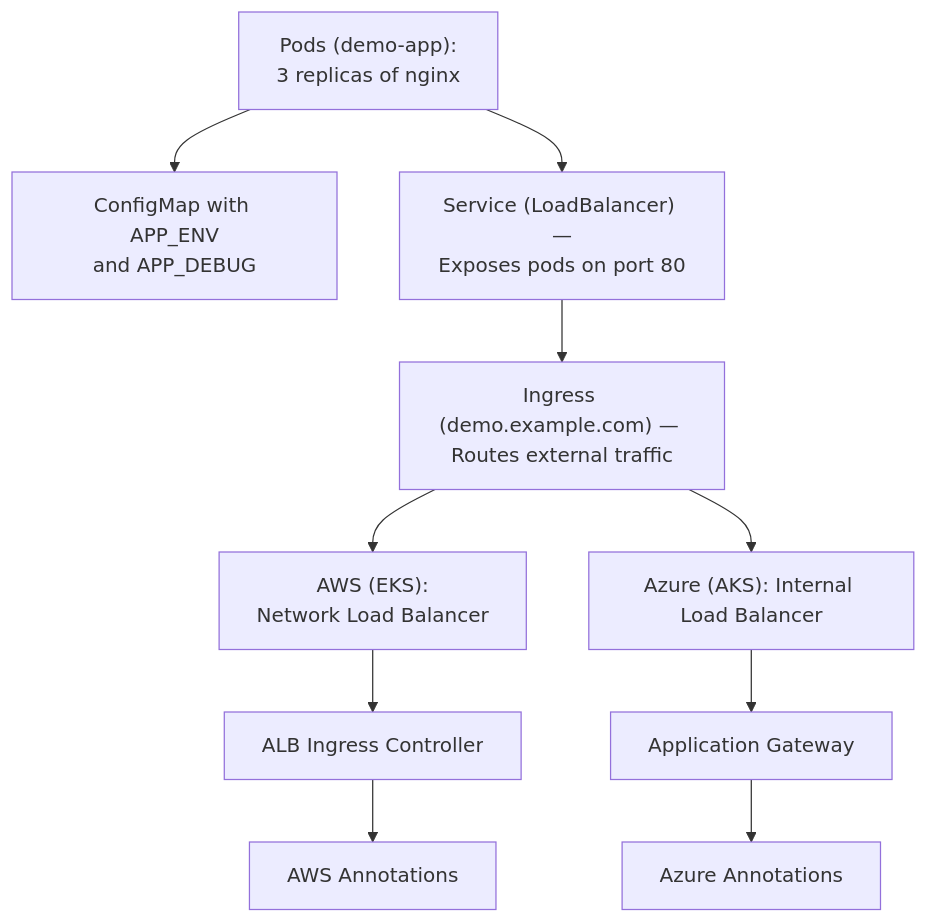
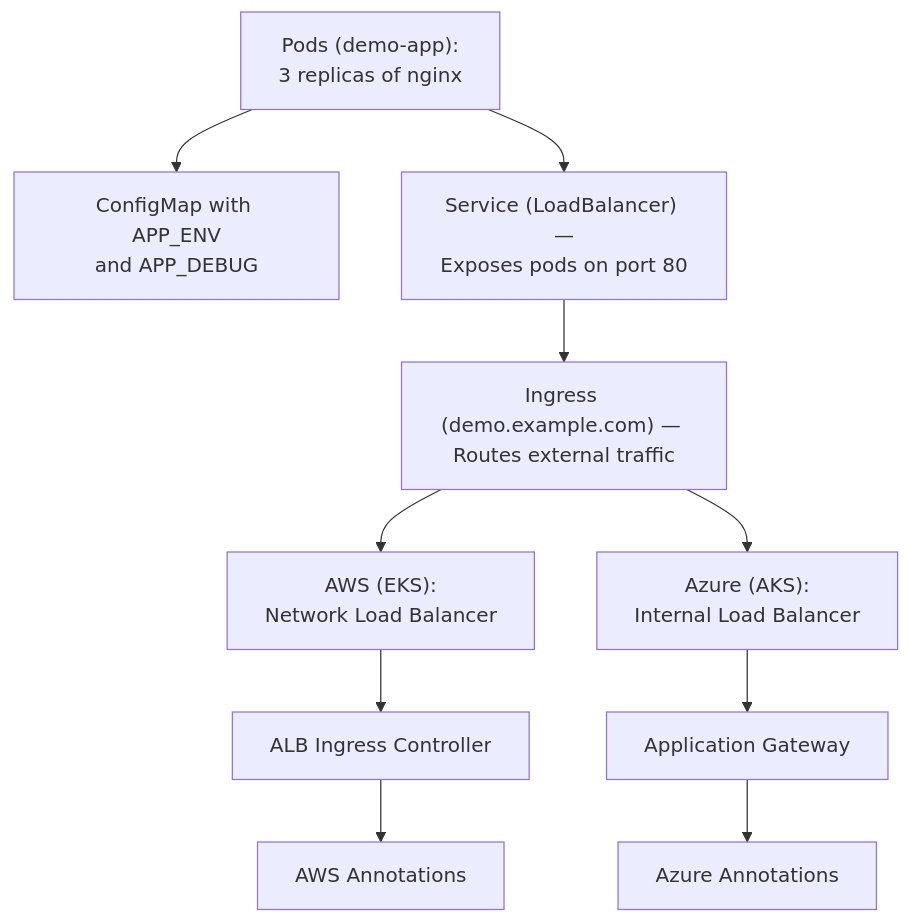
One commit to obintui10/kubernetes-multi-cloud-demo changed the diagram in README.md. Above: the diagram before and after it, drawn with Mermaid.

````diff
--- a/README.md
+++ b/README.md
@@ -98,19 +98,20 @@
 ```mermaid
 flowchart TB
     Pods["Pods (demo-app):
 3 replicas of nginx"] --> Config["ConfigMap with APP_ENV
 and APP_DEBUG"]
 
     Pods --> Service["Service (LoadBalancer) —
 Exposes pods on port 80"]
     Service --> Ingress["Ingress (demo.example.com) — Routes external traffic"]
 
     Ingress --> AWS_NLB["AWS (EKS):
 Network Load Balancer"]
     AWS_NLB --> AWS_ALB["ALB Ingress Controller"]
     AWS_ALB --> AWS_Anno["AWS Annotations"]
 
-    Ingress --> Azure_ILB["Azure (AKS): Internal Load Balancer"]
+    Ingress --> Azure_ILB["Azure (AKS):
+Internal Load Balancer"]
     Azure_ILB --> Azure_AppGW["Application Gateway"]
     Azure_AppGW --> Azure_Anno["Azure Annotations"]
 ```
````
